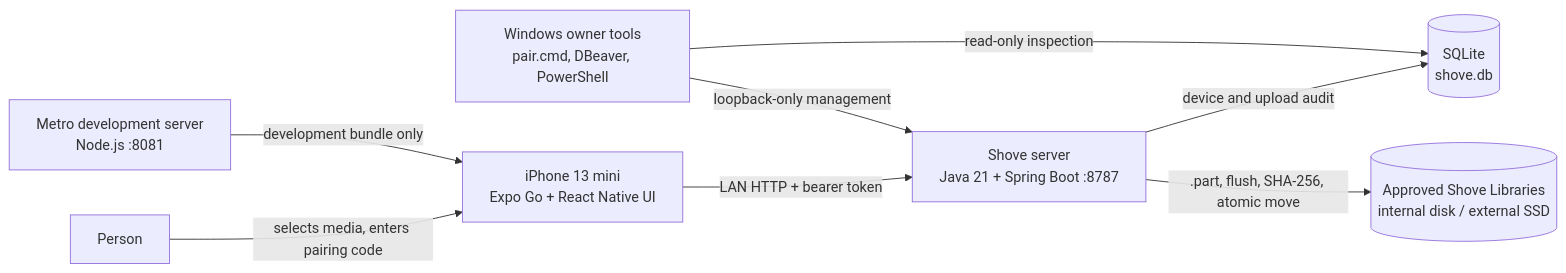
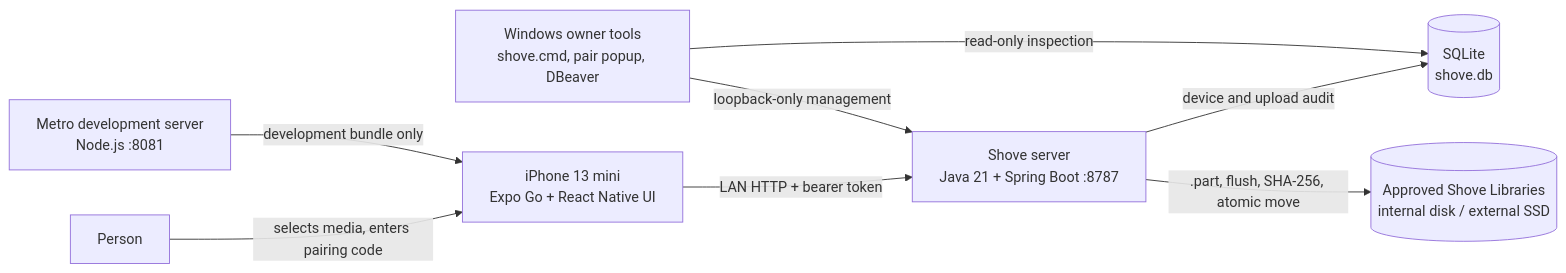
The first of 4 diagrams in docs/architecture.md (swarnav31/shove-it), drawn with Mermaid before and after one commit. The commit also changed other lines of this file and 36 other files, not shown here.

````diff
--- a/docs/architecture.md
+++ b/docs/architecture.md
@@ -13,18 +13,18 @@
 ```mermaid
 flowchart LR
     U["Person"]
     I["iPhone 13 mini<br/>Expo Go + React Native UI"]
     M["Metro development server<br/>Node.js :8081"]
     J["Shove server<br/>Java 21 + Spring Boot :8787"]
     DB[("SQLite<br/>shove.db")]
     FS[("Approved Shove Libraries<br/>internal disk / external SSD")]
-    W["Windows owner tools<br/>pair.cmd, DBeaver, PowerShell"]
+    W["Windows owner tools<br/>shove.cmd, pair popup, DBeaver"]
 
     U -->|"selects media, enters pairing code"| I
     M -->|"development bundle only"| I
     I -->|"LAN HTTP + bearer token"| J
     J -->|"device and upload audit"| DB
     J -->|".part, flush, SHA-256, atomic move"| FS
     W -->|"loopback-only management"| J
     W -->|"read-only inspection"| DB
 ```
````
